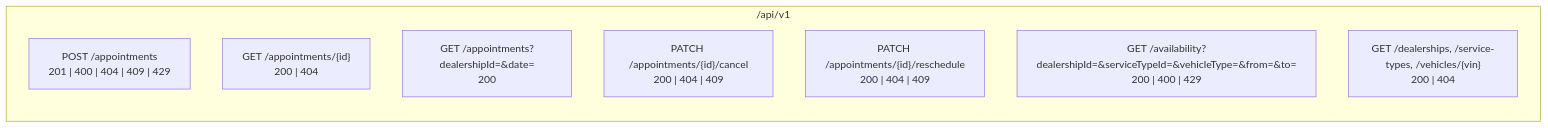
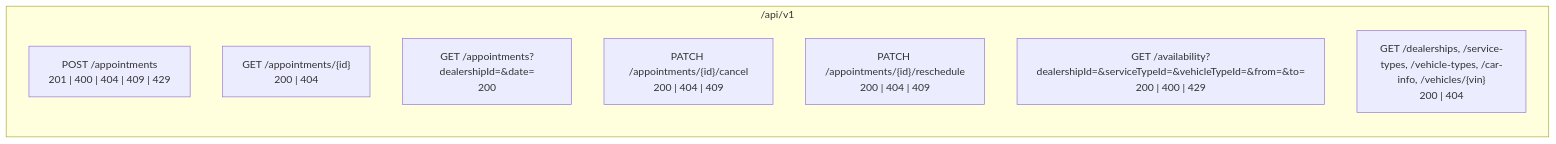
The diagram in docs/diagrams/dld/03-api-contract.mermaid (Rubynam/keyloop), drawn with Mermaid before and after one commit. The commit also changed 40 other files, not shown here.

First line of the commit message:
feat: model vehicle types as data and switch all ids to UUIDv7

```diff
--- a/docs/diagrams/dld/03-api-contract.mermaid
+++ b/docs/diagrams/dld/03-api-contract.mermaid
@@ -1,10 +1,10 @@
 flowchart LR
     subgraph V1["/api/v1"]
         E1["POST /appointments<br/>201 | 400 | 404 | 409 | 429"]
         E2["GET /appointments/{id}<br/>200 | 404"]
         E3["GET /appointments?dealershipId=&date=<br/>200"]
         E4["PATCH /appointments/{id}/cancel<br/>200 | 404 | 409"]
         E5["PATCH /appointments/{id}/reschedule<br/>200 | 404 | 409"]
-        E6["GET /availability?dealershipId=&serviceTypeId=&vehicleType=&from=&to=<br/>200 | 400 | 429"]
-        E7["GET /dealerships, /service-types, /vehicles/{vin}<br/>200 | 404"]
+        E6["GET /availability?dealershipId=&serviceTypeId=&vehicleTypeId=&from=&to=<br/>200 | 400 | 429"]
+        E7["GET /dealerships, /service-types, /vehicle-types, /car-info, /vehicles/{vin}<br/>200 | 404"]
     end
```
